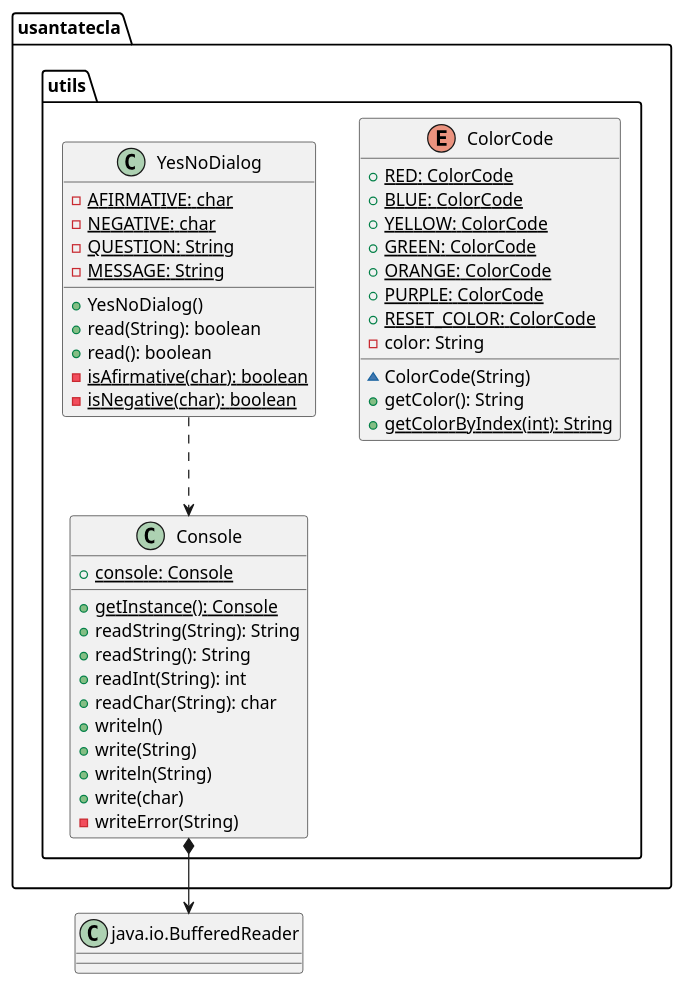
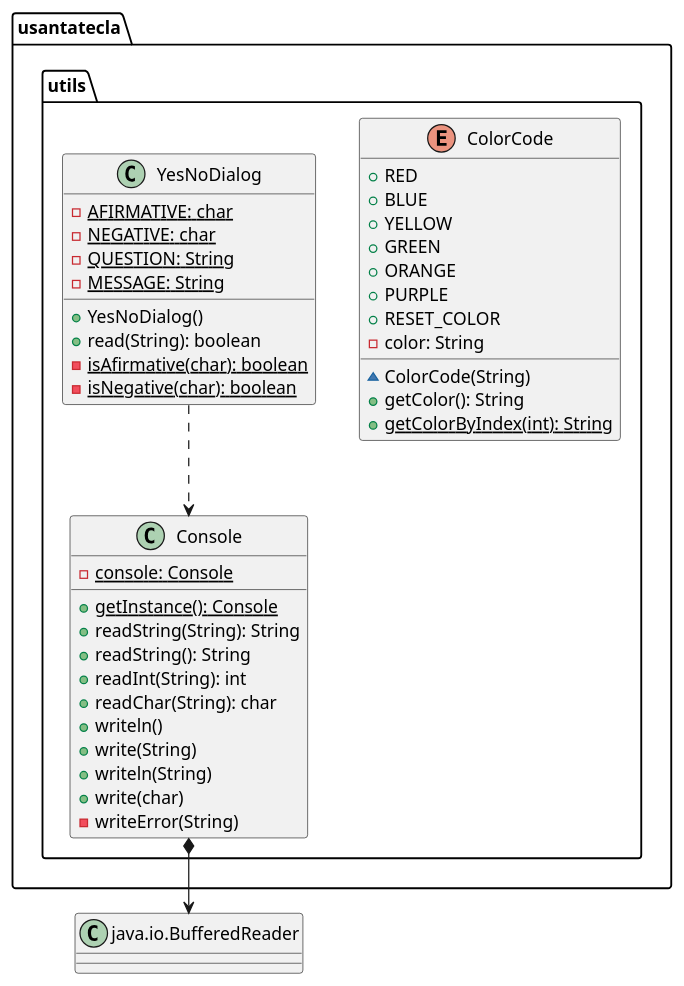
One commit to SantaTecla-mastermind/solution.java.swing.socket.sql changed the second of 2 diagrams in domainModel/docs/diagrams/src/paquetes.plantuml. Above: the diagram before and after it, drawn with PlantUML. The commit also changed 5 other files, not shown here.

Commit message:
Fix diagrams utils package

```diff
--- a/domainModel/docs/diagrams/src/paquetes.plantuml
+++ b/domainModel/docs/diagrams/src/paquetes.plantuml
@@ -148,49 +148,45 @@
 @startuml usantatecla.utils
 
-enum  usantatecla.utils.ColorCode{
-+ {static} RED: ColorCode
-+ {static} BLUE: ColorCode
-+ {static} YELLOW: ColorCode
-+ {static} GREEN: ColorCode
-+ {static} ORANGE: ColorCode
-+ {static} PURPLE: ColorCode
-+ {static} RESET_COLOR: ColorCode
+class BufferedReader as "java.io.BufferedReader"{}
+
+enum usantatecla.utils.ColorCode{
++ RED
++ BLUE
++ YELLOW
++ GREEN
++ ORANGE
++ PURPLE
++ RESET_COLOR
 - color: String
 ~ ColorCode(String)
 + getColor(): String
 + {static} getColorByIndex(int): String
 }
 
-class  usantatecla.utils.Console{
-+ {static} console: Console
+class usantatecla.utils.Console{
+- {static} console: Console
 + {static} getInstance(): Console
 + readString(String): String
 + readString(): String
 + readInt(String): int
 + readChar(String): char
 + writeln()
 + write(String)
 + writeln(String)
 + write(char)
 - writeError(String)
 }
-
-class BufferedReader as "java.io.BufferedReader"
-
-usantatecla.utils.Console *-down-> BufferedReader 
-
-
+usantatecla.utils.Console *-down-> BufferedReader
 
 class  usantatecla.utils.YesNoDialog{
 - {static} AFIRMATIVE: char
 - {static} NEGATIVE: char
 - {static} QUESTION: String
 - {static} MESSAGE: String
 + YesNoDialog()
 + read(String): boolean
-+ read(): boolean
 - {static} isAfirmative(char): boolean
 - {static} isNegative(char): boolean
 }
-usantatecla.utils.YesNoDialog .down.> usantatecla.utils.Console
+usantatecla.utils.YesNoDialog ..> usantatecla.utils.Console
 @enduml
```
